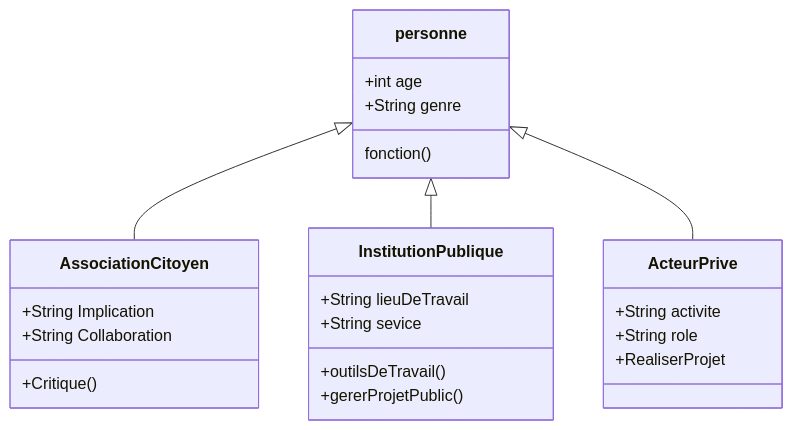
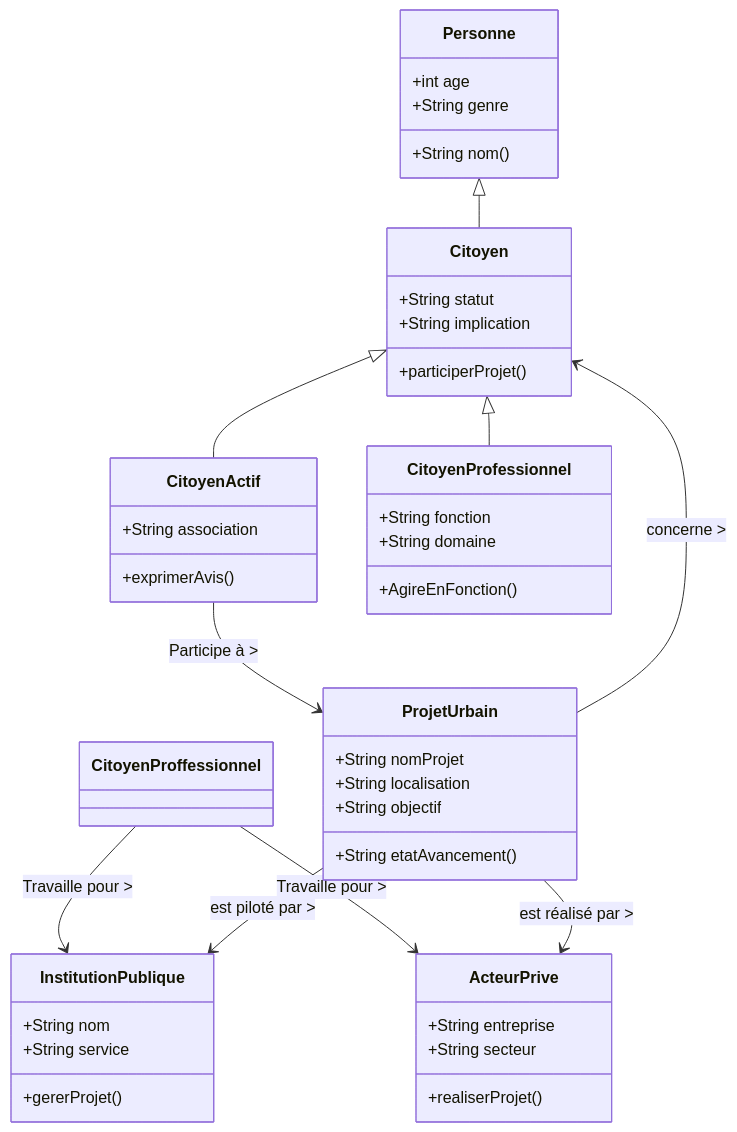
The diagram in acteurskahiarchi.md (kahiarchi/plaine---saint--Denis---batiment-), drawn with Mermaid before and after one commit.

````diff
--- a/acteurskahiarchi.md
+++ b/acteurskahiarchi.md
@@ -1,27 +1,48 @@
 ```mermaid
 classDiagram
-    personne <|-- AssociationCitoyen
-    personne <|-- InstitutionPublique
-    personne <|-- ActeurPrive
+    Personne <|-- Citoyen
+    Citoyen <|-- CitoyenActif
+    Citoyen <|-- CitoyenProfessionnel
+    CitoyenActif --> ProjetUrbain : Participe à >
+    CitoyenProffessionnel --> InstitutionPublique : Travaille pour >
+    CitoyenProffessionnel --> ActeurPrive : Travaille pour >
+    ProjetUrbain --> InstitutionPublique : est piloté par >
+    ProjetUrbain --> ActeurPrive : est réalisé par >
+    ProjetUrbain --> Citoyen : concerne >
 
-    personne : +int age
-    personne : +String genre
-    personne : fonction()
-
-  class AssociationCitoyen {
-     +String Implication 
-     +String Collaboration
-     +Critique ()
+  class Personne {
+     +int age
+     +String genre
+     +String nom ()
     }
-    class InstitutionPublique{
-          +String lieuDeTravail
-          +String sevice
-          +outilsDeTravail()
-          +gererProjetPublic()
+  class Citoyen {
+     +String statut 
+     +String implication
+     +participerProjet()
     }
-    class ActeurPrive{
-      +String activite
-      +String role
-      +RealiserProjet
+  class CitoyenActif{
+          +String association
+          +exprimerAvis()
+          }
+    class CitoyenProfessionnel{
+      +String fonction
+      +String domaine
+      +AgireEnFonction()
+     }
+   class InstitutionPublique{
+      +String nom
+      +String service
+      +gererProjet()
+     }
+   class ActeurPrive{
+      +String entreprise
+      +String secteur
+      +realiserProjet()
+     }
+  class ProjetUrbain{
+      +String nomProjet
+      +String localisation
+      +String objectif
+      +String etatAvancement()
      }
 ```
````
